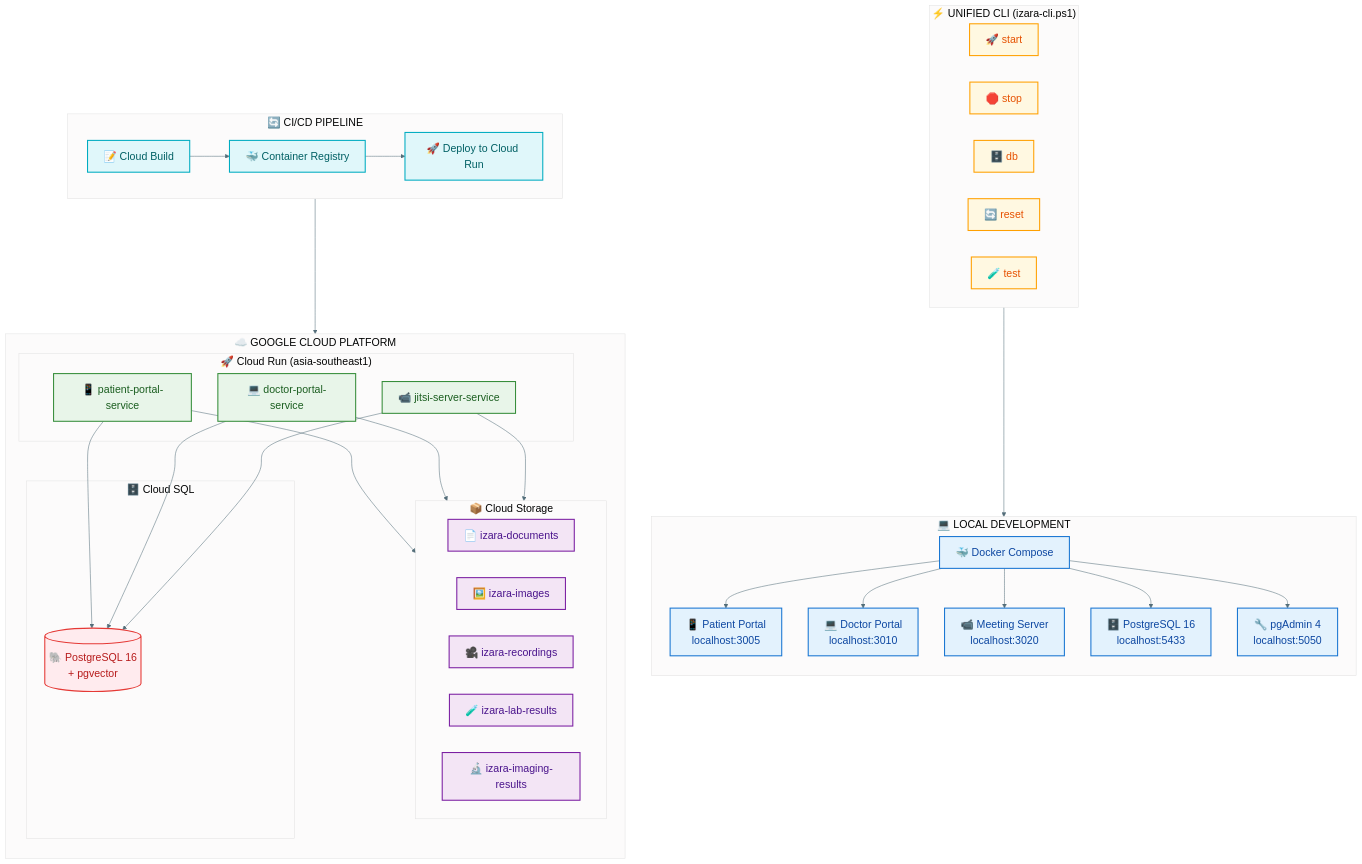
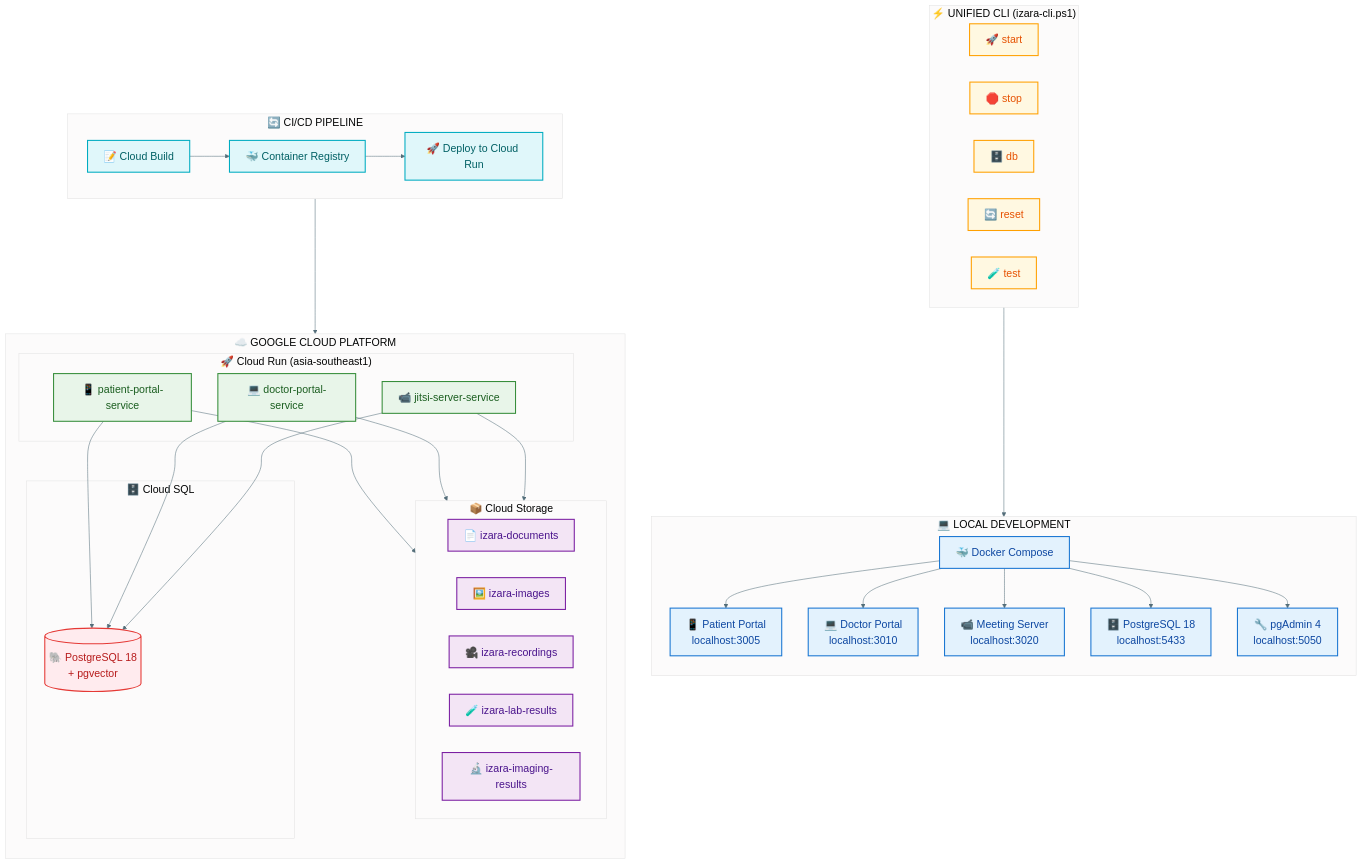
The diagram in Presentations/diagrams/09-deployment-architecture.mmd (chiraleo2000/Isara-Anywhere), drawn with Mermaid before and after one commit. The commit also changed 507 other files, not shown here.

```diff
--- a/Presentations/diagrams/09-deployment-architecture.mmd
+++ b/Presentations/diagrams/09-deployment-architecture.mmd
@@ -1,91 +1,91 @@
 %%{init: {
   'theme': 'base',
   'themeVariables': {
     'primaryColor': '#ECEFF1',
     'primaryTextColor': '#37474F',
     'primaryBorderColor': '#607D8B',
     'lineColor': '#546E7A',
     'fontSize': '20px',
     'fontFamily': 'Segoe UI, Arial'
   }
 }}%%
 
 flowchart TB
     subgraph LOCAL["💻 LOCAL DEVELOPMENT"]
         direction TB
         L1["🐳 Docker Compose"]
         L2["📱 Patient Portal<br/>localhost:3005"]
         L3["💻 Doctor Portal<br/>localhost:3010"]
         L4["📹 Meeting Server<br/>localhost:3020"]
-        L5["🗄️ PostgreSQL 16<br/>localhost:5433"]
+        L5["🗄️ PostgreSQL 18<br/>localhost:5433"]
         L6["🔧 pgAdmin 4<br/>localhost:5050"]
     end
 
     subgraph CLI["⚡ UNIFIED CLI (izara-cli.ps1)"]
         direction LR
         C1["🚀 start"]
         C2["🛑 stop"]
         C3["🗄️ db"]
         C4["🔄 reset"]
         C5["🧪 test"]
     end
 
     subgraph GCP["☁️ GOOGLE CLOUD PLATFORM"]
         direction TB
         subgraph CLOUDRUN["🚀 Cloud Run (asia-southeast1)"]
             CR1["📱 patient-portal-service"]
             CR2["💻 doctor-portal-service"]
             CR3["📹 jitsi-server-service"]
         end
         subgraph STORAGE["📦 Cloud Storage"]
             S1["📄 izara-documents"]
             S2["🖼️ izara-images"]
             S3["🎥 izara-recordings"]
             S4["🧪 izara-lab-results"]
             S5["🔬 izara-imaging-results"]
         end
         subgraph DATABASE["🗄️ Cloud SQL"]
-            DB1[("🐘 PostgreSQL 16<br/>+ pgvector")]
+            DB1[("🐘 PostgreSQL 18<br/>+ pgvector")]
         end
     end
 
     subgraph CICD["🔄 CI/CD PIPELINE"]
         direction LR
         CI1["📝 Cloud Build"]
         CI2["🐳 Container Registry"]
         CI3["🚀 Deploy to Cloud Run"]
     end
 
     %% Local Development Flow
     CLI --> L1
     L1 --> L2
     L1 --> L3
     L1 --> L4
     L1 --> L5
     L1 --> L6
 
     %% CI/CD Flow
     CI1 --> CI2 --> CI3
     CI3 --> CLOUDRUN
 
     %% Cloud Run connections
     CR1 --> DB1
     CR2 --> DB1
     CR3 --> DB1
     CR1 --> STORAGE
     CR2 --> STORAGE
     CR3 --> STORAGE
 
     classDef localStyle fill:#E3F2FD,stroke:#1976D2,stroke-width:2px,color:#0D47A1
     classDef cliStyle fill:#FFF8E1,stroke:#FFA000,stroke-width:2px,color:#E65100
     classDef cloudrunStyle fill:#E8F5E9,stroke:#388E3C,stroke-width:2px,color:#1B5E20
     classDef storageStyle fill:#F3E5F5,stroke:#7B1FA2,stroke-width:2px,color:#4A148C
     classDef dbStyle fill:#FFEBEE,stroke:#E53935,stroke-width:2px,color:#B71C1C
     classDef cicdStyle fill:#E0F7FA,stroke:#00ACC1,stroke-width:2px,color:#006064
 
     class L1,L2,L3,L4,L5,L6 localStyle
     class C1,C2,C3,C4,C5 cliStyle
     class CR1,CR2,CR3 cloudrunStyle
     class S1,S2,S3,S4,S5 storageStyle
     class DB1 dbStyle
     class CI1,CI2,CI3 cicdStyle
```
